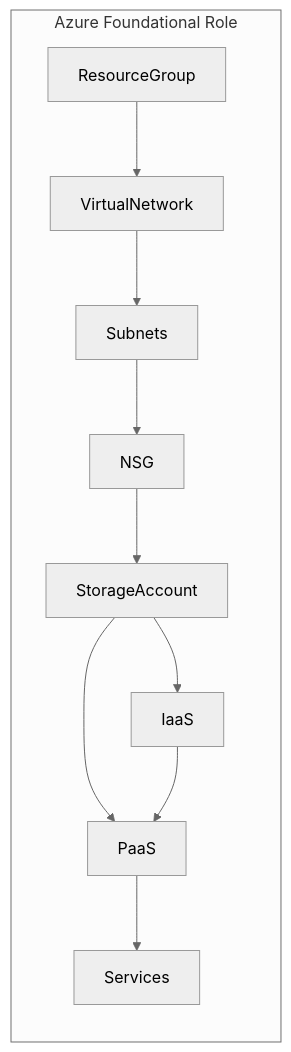
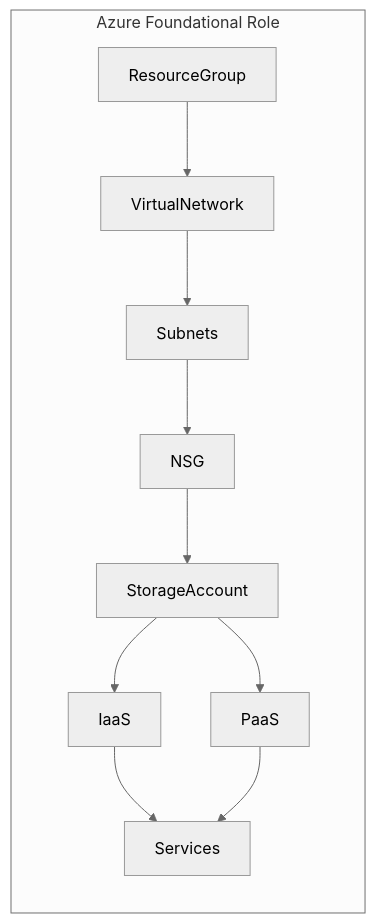
One commit to slagathor34/awx-lab changed the diagram in azure-BlueShift/README.md. Above: the diagram before and after it, drawn with Mermaid (neutral theme).

Commit message:
Node number update

````diff
--- a/azure-BlueShift/README.md
+++ b/azure-BlueShift/README.md
@@ -5,13 +5,13 @@
 ```mermaid
 graph LR
   subgraph "Azure Foundational Role"
   Node1[ResourceGroup] --> Node2[VirtualNetwork];
   Node2[VirtualNetwork] --> Node3[Subnets];
   Node3[Subnets] --> Node4[NSG];
   Node4[NSG] --> Node5[StorageAccount];
   Node5[StorageAccount] --> Node6[IaaS];
   Node5[StorageAccount] --> Node7[PaaS];
-  Node6[IaaS] --> Node7[Services];
+  Node6[IaaS] --> Node8[Services];
   Node7[PaaS] --> Node8[Services];
 end
 ```
````
